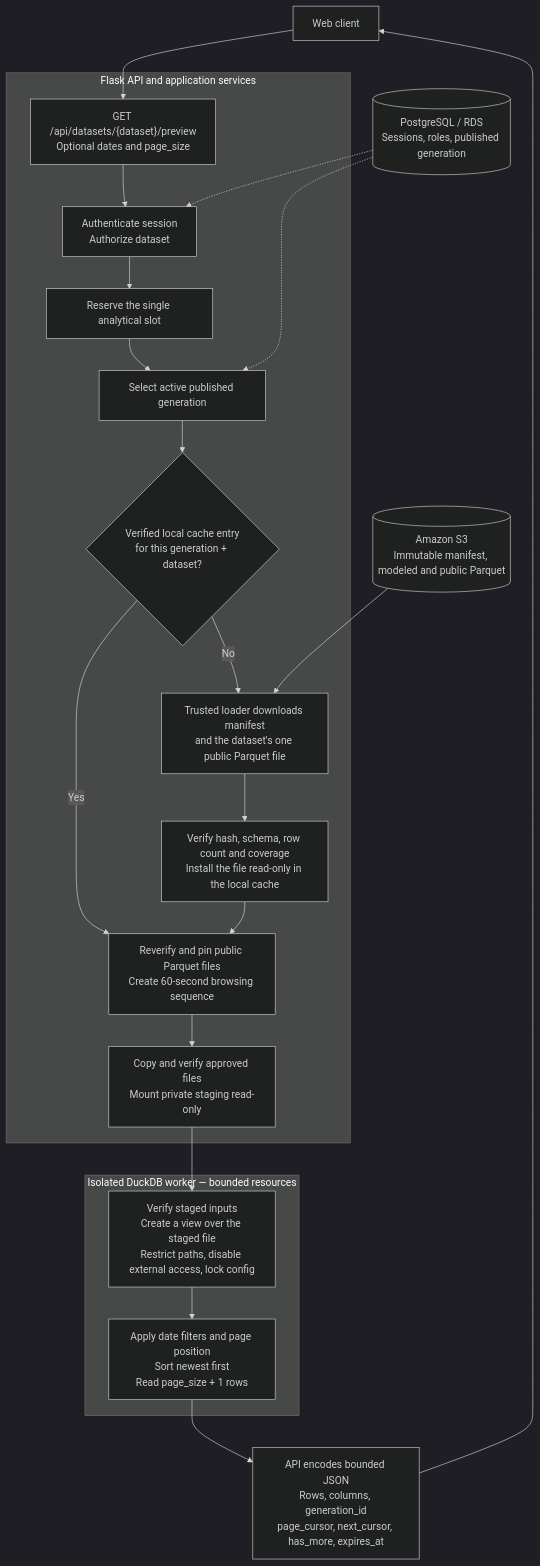
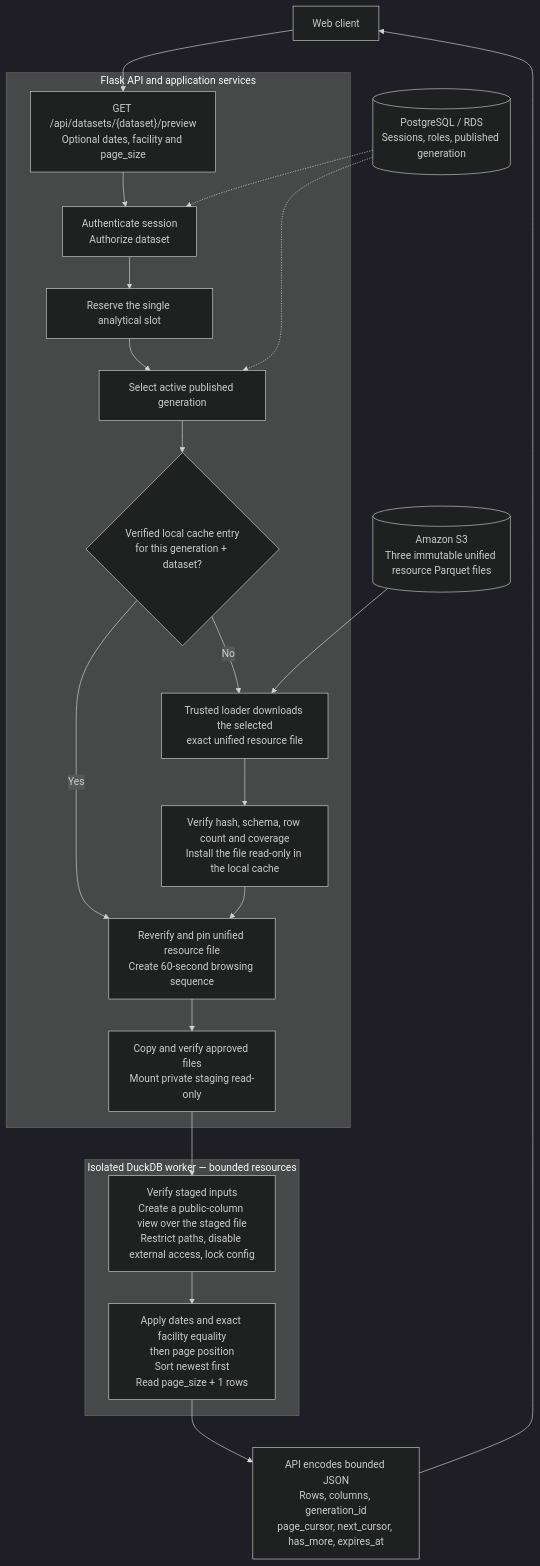
The first of 2 diagrams in docs/specs/data-api/preview-flow.md (PedroEdu6786/outage-explorer), drawn with Mermaid (dark theme) before and after one commit. The commit also changed other lines of this file and 17 other files, not shown here.

First line of the commit message:
test(preview): complete facility filter acceptance and handoff

````diff
--- a/docs/specs/data-api/preview-flow.md
+++ b/docs/specs/data-api/preview-flow.md
@@ -25,28 +25,28 @@
 ```mermaid
 flowchart TD
-    Client["Web client"] --> Endpoint["GET /api/datasets/{dataset}/preview<br/>Optional dates and page_size"]
+    Client["Web client"] --> Endpoint["GET /api/datasets/{dataset}/preview<br/>Optional dates, facility and page_size"]
 
     subgraph Backend["Flask API and application services"]
         Endpoint --> Auth["Authenticate session<br/>Authorize dataset"]
         Auth --> Slot["Reserve the single analytical slot"]
         Slot --> Snapshot["Select active published generation"]
         Snapshot --> Hit{"Verified local cache entry<br/>for this generation + dataset?"}
-        Hit -->|Yes| Pin["Reverify and pin public Parquet files<br/>Create 60-second browsing sequence"]
-        Hit -->|No| Download["Trusted loader downloads manifest<br/>and the dataset's one public Parquet file"]
+        Hit -->|Yes| Pin["Reverify and pin unified resource file<br/>Create 60-second browsing sequence"]
+        Hit -->|No| Download["Trusted loader downloads the selected<br/>exact unified resource file"]
         Download --> Prepare["Verify hash, schema, row count and coverage<br/>Install the file read-only in the local cache"]
         Prepare --> Pin
         Pin --> Stage["Copy and verify approved files<br/>Mount private staging read-only"]
     end
 
     PG[("PostgreSQL / RDS<br/>Sessions, roles, published generation")] -.-> Auth
     PG -.-> Snapshot
-    S3[("Amazon S3<br/>Immutable manifest, modeled and public Parquet")] --> Download
+    S3[("Amazon S3<br/>Three immutable unified resource Parquet files")] --> Download
 
     subgraph Worker["Isolated DuckDB worker — bounded resources"]
-        Stage --> Load["Verify staged inputs<br/>Create a view over the staged file<br/>Restrict paths, disable external access, lock config"]
-        Load --> Query["Apply date filters and page position<br/>Sort newest first<br/>Read page_size + 1 rows"]
+        Stage --> Load["Verify staged inputs<br/>Create a public-column view over the staged file<br/>Restrict paths, disable external access, lock config"]
+        Load --> Query["Apply dates and exact facility equality<br/>then page position<br/>Sort newest first<br/>Read page_size + 1 rows"]
     end
 
     Query --> Response["API encodes bounded JSON<br/>Rows, columns, generation_id<br/>page_cursor, next_cursor, has_more, expires_at"]
     Response --> Client
 ```
````
